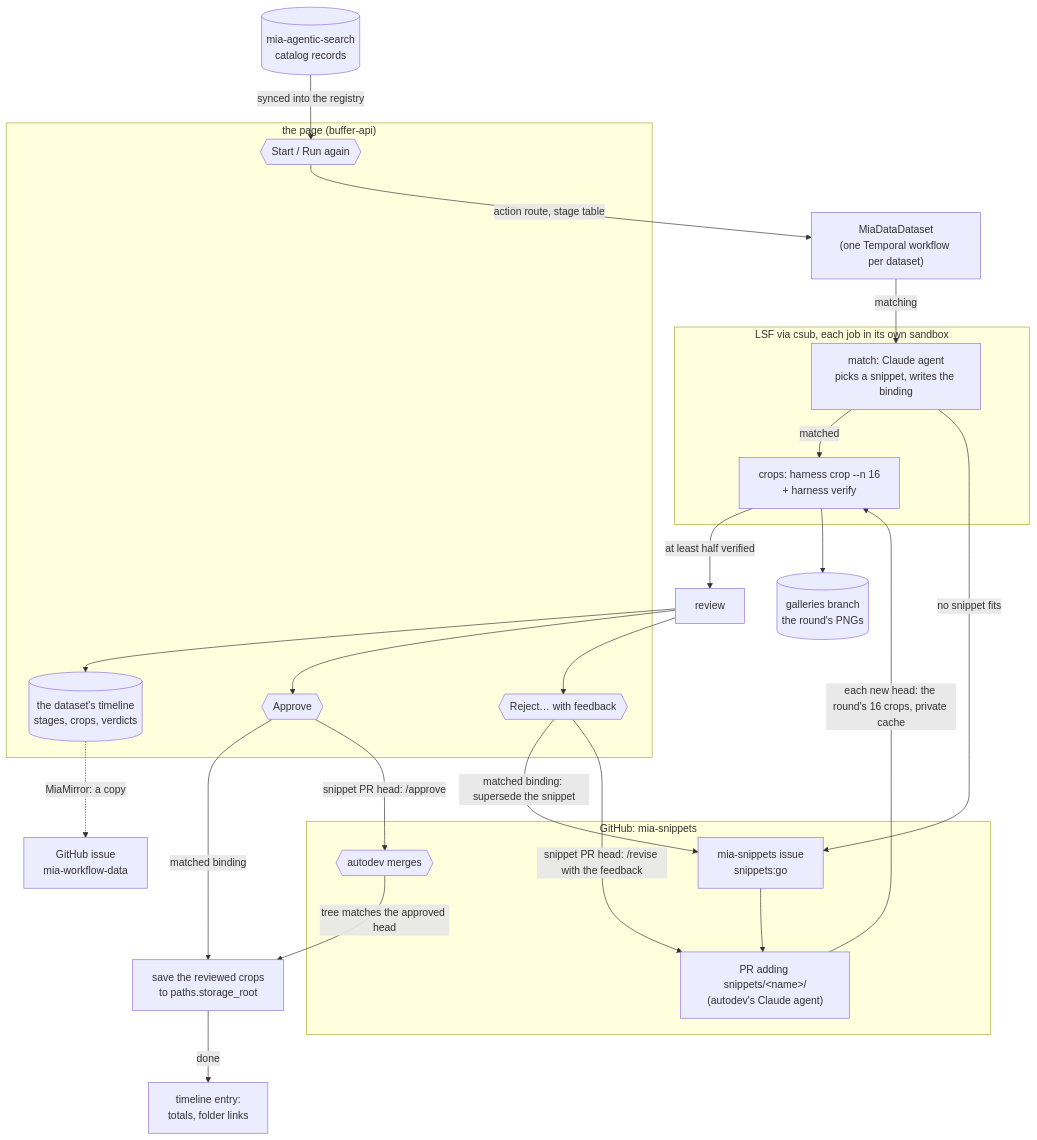
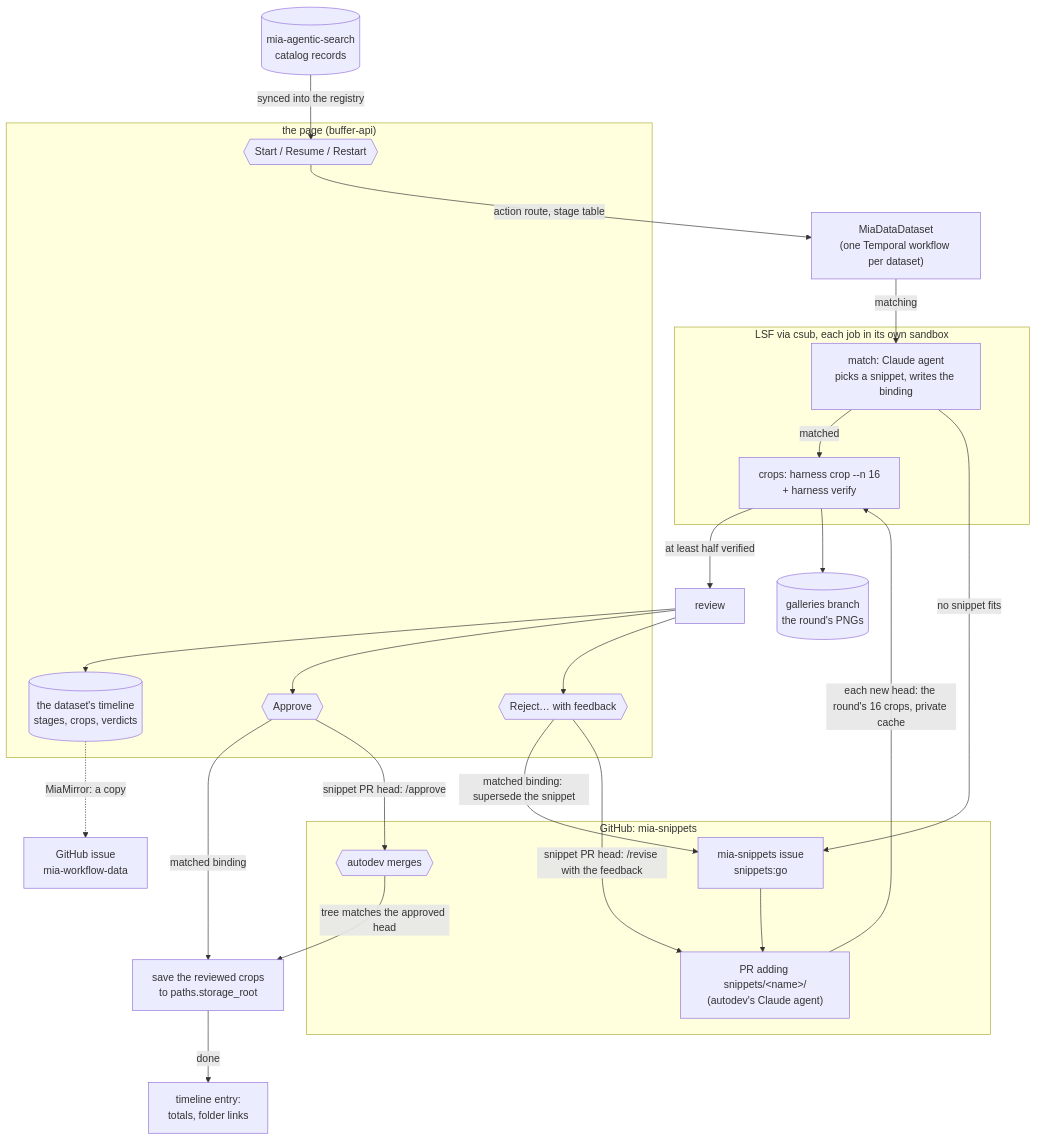
The diagram in docs/mia-data-workflow.md (JaneliaSciComp/mia-workflows), drawn with Mermaid before and after one commit. The commit also changed other lines of this file, not shown here.

First line of the commit message:
docs: the mia-data walkthrough has Resume and Restart, the active judge and shelving

````diff
--- a/docs/mia-data-workflow.md
+++ b/docs/mia-data-workflow.md
@@ -7,44 +7,44 @@
 ```mermaid
 flowchart TD
     catalog[("mia-agentic-search<br/>catalog records")]
 
     subgraph page["the page (buffer-api)"]
-        go{{"Start / Run again"}}
+        go{{"Start / Resume / Restart"}}
         approve{{"Approve"}}
         reject{{"Reject… with feedback"}}
         timeline[("the dataset's timeline<br/>stages, crops, verdicts")]
     end
 
     catalog -->|synced into the registry| go
     go -->|action route, stage table| wf["MiaDataDataset<br/>(one Temporal workflow per dataset)"]
 
     subgraph cluster["LSF via csub, each job in its own sandbox"]
         match["match: Claude agent<br/>picks a snippet, writes the binding"]
         tcrop["crops: harness crop --n 16<br/>+ harness verify"]
     end
 
     wf -->|matching| match
     match -->|matched| tcrop
     match -->|no snippet fits| dev
     tcrop -->|at least half verified| review["review"]
     tcrop --> gallery[("galleries branch<br/>the round's PNGs")]
     review --> timeline
     review --> approve
     review --> reject
     approve -->|matched binding| publish["save the reviewed crops<br/>to paths.storage_root"]
     approve -->|snippet PR head: /approve| merge
     reject -->|matched binding: supersede the snippet| dev
     reject -->|snippet PR head: /revise with the feedback| pr
     publish -->|done| done["timeline entry:<br/>totals, folder links"]
 
     subgraph snippets["GitHub: mia-snippets"]
         dev["mia-snippets issue<br/>snippets:go"]
         pr["PR adding snippets/&lt;name&gt;/<br/>(autodev's Claude agent)"]
         merge{{"autodev merges"}}
     end
 
     dev --> pr
     pr -->|each new head: the round's 16 crops, private cache| tcrop
     merge -->|tree matches the approved head| publish
     timeline -.->|MiaMirror: a copy| issue["GitHub issue<br/>mia-workflow-data"]
 ```
````
